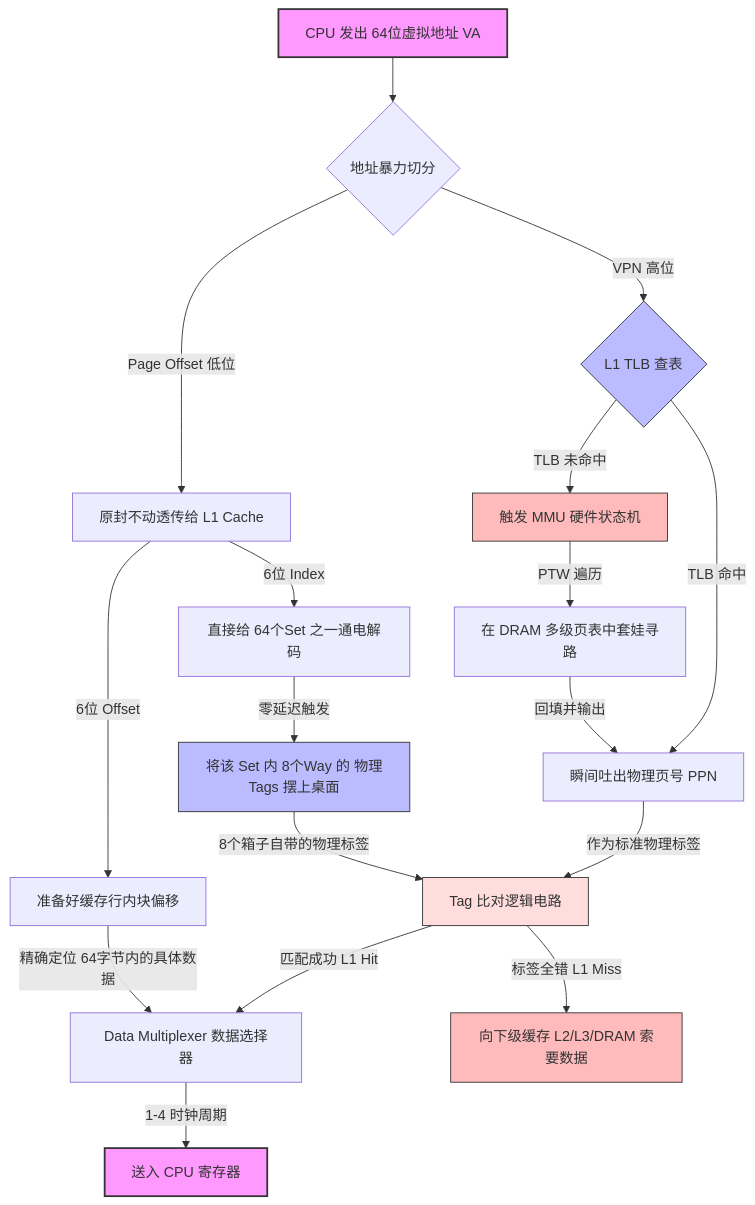
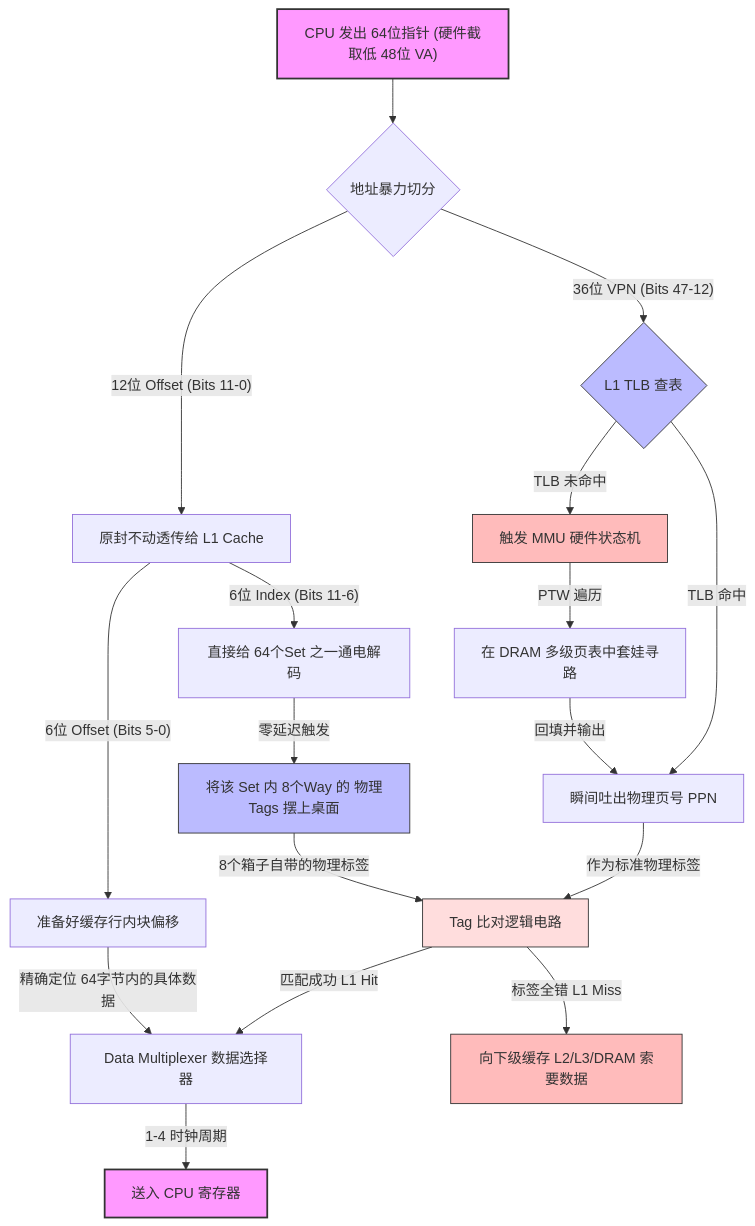
One commit to acloudygamer/cs-ai-knowledge changed the diagram in 0-计算机基础/01-计算机体系/01-硬件组成.md. Above: the diagram before and after it, drawn with Mermaid.

Commit message:
Refactor mermaid diagram for clarity and consistency
### 终极避坑指南
以后在写 GitHub 支持的 Mermaid 图表时，只要记住这两条铁律，就能避开 99% 的渲染报错：
1. **节点文字**如果有空格或符号，用 `["文字"]`。
2. **线条上的文字**如果有空格或符号，用 `-->|"文字"|`。

````diff
--- a/0-计算机基础/01-计算机体系/01-硬件组成.md
+++ b/0-计算机基础/01-计算机体系/01-硬件组成.md
@@ -351,41 +351,41 @@
 ```mermaid
 graph TD
     %% 核心流程
-    VA["CPU 发出 64位虚拟地址 VA"] --> SPLIT{"地址暴力切分"}
+    VA["CPU 发出 64位指针 (硬件截取低 48位 VA)"] --> SPLIT{"地址暴力切分"}
 
     %% 左路：TLB 翻译（高位）
-    SPLIT -->|VPN 高位| TLB{"L1 TLB 查表"}
+    SPLIT -->|"36位 VPN (Bits 47-12)"| TLB{"L1 TLB 查表"}
     
-    TLB -->|TLB 命中| PPN["瞬间吐出物理页号 PPN"]
-    TLB -->|TLB 未命中| MMU["触发 MMU 硬件状态机"]
-    MMU -->|PTW 遍历| DRAM["在 DRAM 多级页表中套娃寻路"]
-    DRAM -->|回填并输出| PPN
+    TLB -->|"TLB 命中"| PPN["瞬间吐出物理页号 PPN"]
+    TLB -->|"TLB 未命中"| MMU["触发 MMU 硬件状态机"]
+    MMU -->|"PTW 遍历"| DRAM["在 DRAM 多级页表中套娃寻路"]
+    DRAM -->|"回填并输出"| PPN
     
     %% 右路：L1 Cache 组寻址（低位：翻译前后绝对不变区）
-    SPLIT -->|Page Offset 低位| CACHE_INPUT["原封不动透传给 L1 Cache"]
+    SPLIT -->|"12位 Offset (Bits 11-0)"| CACHE_INPUT["原封不动透传给 L1 Cache"]
     
-    CACHE_INPUT -->|6位 Index| SET_SELECT["直接给 64个Set 之一通电解码"]
-    CACHE_INPUT -->|6位 Offset| LINE_OFFSET["准备好缓存行内块偏移"]
+    CACHE_INPUT -->|"6位 Index (Bits 11-6)"| SET_SELECT["直接给 64个Set 之一通电解码"]
+    CACHE_INPUT -->|"6位 Offset (Bits 5-0)"| LINE_OFFSET["准备好缓存行内块偏移"]
     
-    SET_SELECT -->|零延迟触发| FETCH_WAYS["将该 Set 内 8个Way 的 物理Tags 摆上桌面"]
+    SET_SELECT -->|"零延迟触发"| FETCH_WAYS["将该 Set 内 8个Way 的 物理Tags 摆上桌面"]
 
     %% 汇合点：Tag 比对（一把钥匙配 8 把锁）
-    PPN -->|作为标准物理标签| TAG_COMP["Tag 比对逻辑电路"]
-    FETCH_WAYS -->|8个箱子自带的物理标签| TAG_COMP
+    PPN -->|"作为标准物理标签"| TAG_COMP["Tag 比对逻辑电路"]
+    FETCH_WAYS -->|"8个箱子自带的物理标签"| TAG_COMP
 
     %% 最终结果
-    TAG_COMP -->|匹配成功 L1 Hit| MUX["Data Multiplexer 数据选择器"]
-    LINE_OFFSET -->|精确定位 64字节内的具体数据| MUX
-    MUX -->|1-4 时钟周期| REG["送入 CPU 寄存器"]
+    TAG_COMP -->|"匹配成功 L1 Hit"| MUX["Data Multiplexer 数据选择器"]
+    LINE_OFFSET -->|"精确定位 64字节内的具体数据"| MUX
+    MUX -->|"1-4 时钟周期"| REG["送入 CPU 寄存器"]
 
-    TAG_COMP -->|标签全错 L1 Miss| L2["向下级缓存 L2/L3/DRAM 索要数据"]
+    TAG_COMP -->|"标签全错 L1 Miss"| L2["向下级缓存 L2/L3/DRAM 索要数据"]
 
-    %% 内联样式定义（解决 GitHub 报错的终极手段）
+    %% 内联样式定义
     style VA fill:#f9f,stroke:#333,stroke-width:2px;
     style REG fill:#f9f,stroke:#333,stroke-width:2px;
     style TLB fill:#bbf,stroke:#333,stroke-width:1px;
     style FETCH_WAYS fill:#bbf,stroke:#333,stroke-width:1px;
     style TAG_COMP fill:#fdd,stroke:#333,stroke-width:1px;
     style MMU fill:#fbb,stroke:#333,stroke-width:1px;
     style L2 fill:#fbb,stroke:#333,stroke-width:1px;
 ```
````
